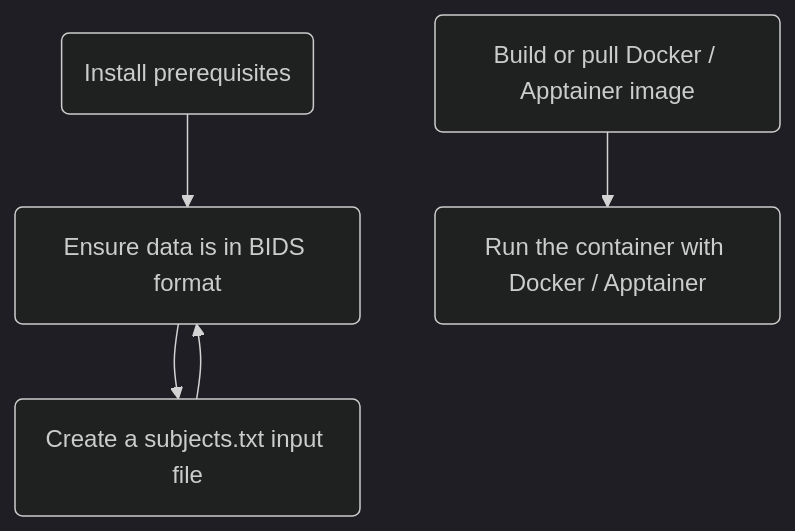
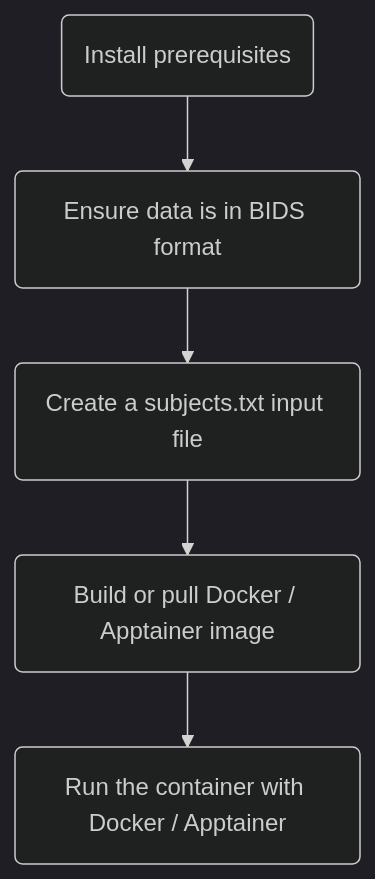
The diagram in README.md (nikhil153/Enigma-PD-WML), drawn with Mermaid (dark theme) before and after one commit.

Commit message:
fix mermaid flowchart for running the pipeline

````diff
--- a/README.md
+++ b/README.md
@@ -28,13 +28,13 @@
 ```mermaid
 %%{init: {"flowchart": {"htmlLabels": false}} }%%
 flowchart TD
     installation("`Install prerequisites`")
     convert("`Ensure data is in BIDS format`")
     subjects("`Create a subjects.txt input file`")
     build("`Build or pull Docker / Apptainer image`")
     run("`Run the container with Docker / Apptainer`")
     installation --> convert
     convert --> subjects
-    subjects --> convert
+    subjects --> build
     build --> run
 ```
````
